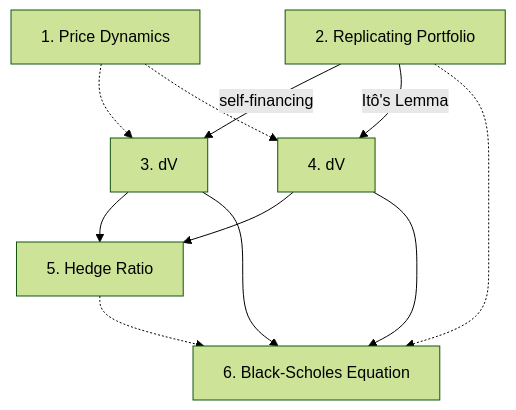
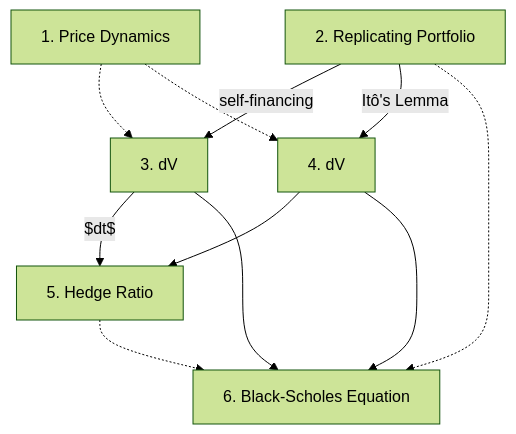
The diagram in _posts/2018-05-27-a-very-quick-derivation-of-Black-Scholes-equation.md (imfl/beautiful-jekyll), drawn with Mermaid (forest theme) before and after one commit. The commit also changed other lines of this file, not shown here.

```diff
--- a/_posts/2018-05-27-a-very-quick-derivation-of-Black-Scholes-equation.md
+++ b/_posts/2018-05-27-a-very-quick-derivation-of-Black-Scholes-equation.md
@@ -99,13 +97,13 @@
 <div class="mermaid">
 graph TD
     A[1. Price Dynamics] -.-> C[3. dV]
     B[2. Replicating Portfolio] --self-financing--> C[3. dV]
     B --Itô's Lemma--> D[4. dV]
     A -.-> D
-    C --> E[5. Hedge Ratio]
+    C --$dt$--> E[5. Hedge Ratio]
     C --> F[6. Black-Scholes Equation]
     D --> E
     D --> F
     B -.->F
     E -.-> F
 </div>
```
